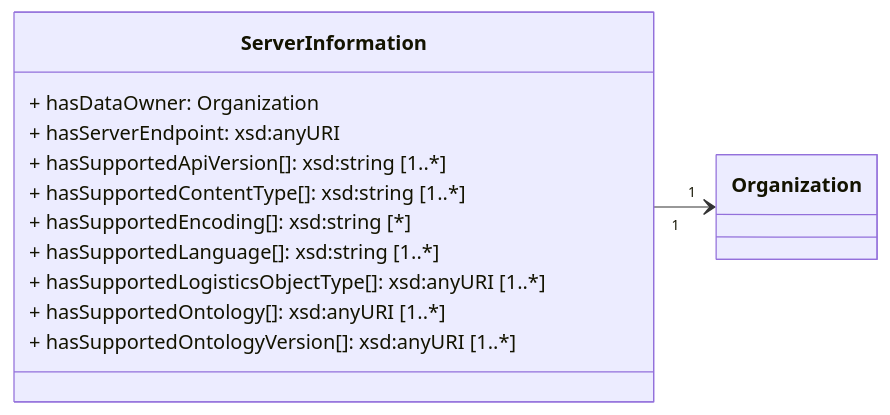
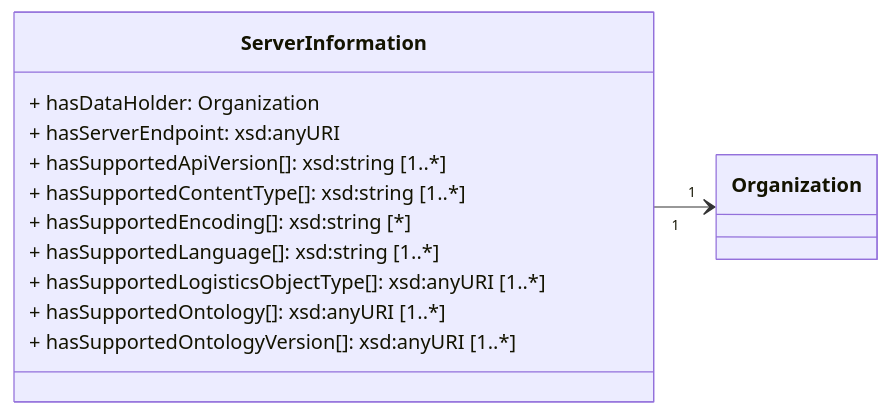
Before and after one commit to ddoeppner/ONE-Record: the diagram in working_draft/API/docs/server-information.md, drawn with Mermaid. The commit also changed other lines of this file and 22 other files, not shown here.

````diff
--- a/working_draft/API/docs/server-information.md
+++ b/working_draft/API/docs/server-information.md
@@ -9,20 +9,20 @@
 ```mermaid
 classDiagram   
     direction LR   
 
     class Organization{        
     }  
 
     class ServerInformation{
-        + hasDataOwner: Organization                
+        + hasDataHolder: Organization                
         + hasServerEndpoint: xsd:anyURI        
         + hasSupportedApiVersion[]: xsd:string [1..*]
         + hasSupportedContentType[]: xsd:string [1..*]        
         + hasSupportedEncoding[]: xsd:string [*]
         + hasSupportedLanguage[]: xsd:string [1..*]
         + hasSupportedLogisticsObjectType[]: xsd:anyURI [1..*]
         + hasSupportedOntology[]: xsd:anyURI [1..*]
         + hasSupportedOntologyVersion[]: xsd:anyURI [1..*]
     }        
     ServerInformation "1" --> "1" Organization
 ```
````
